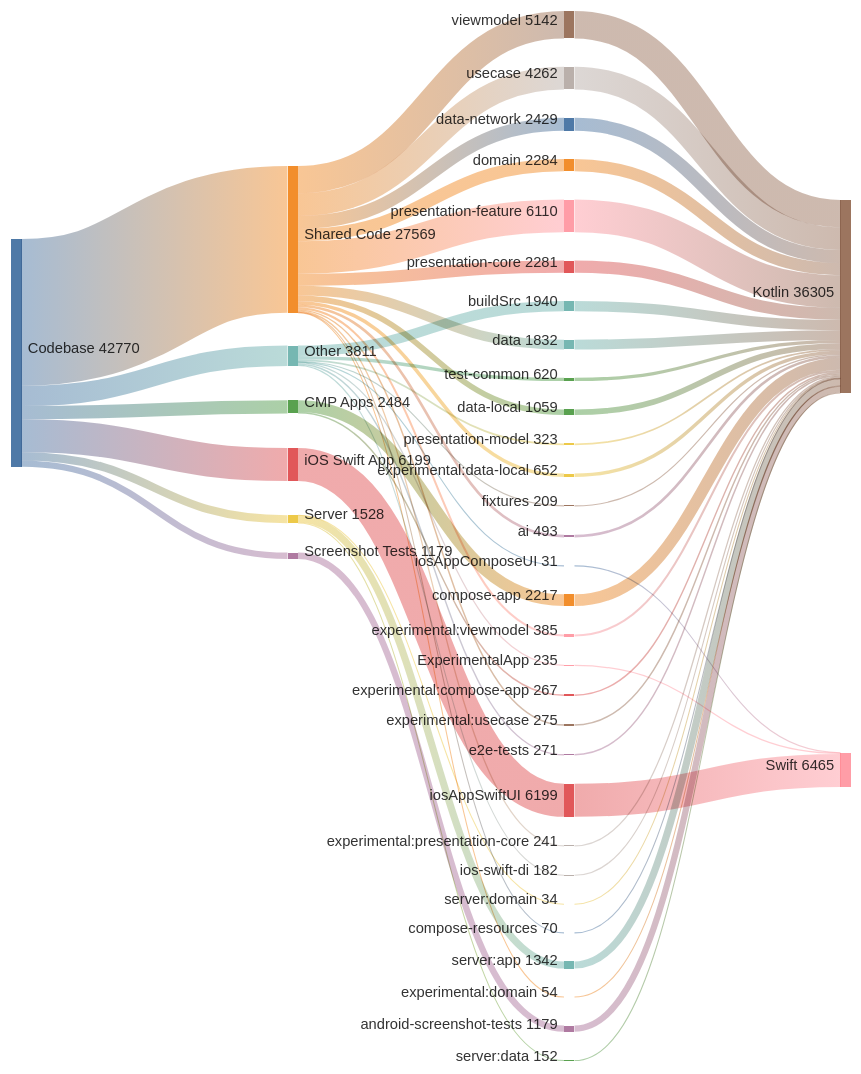
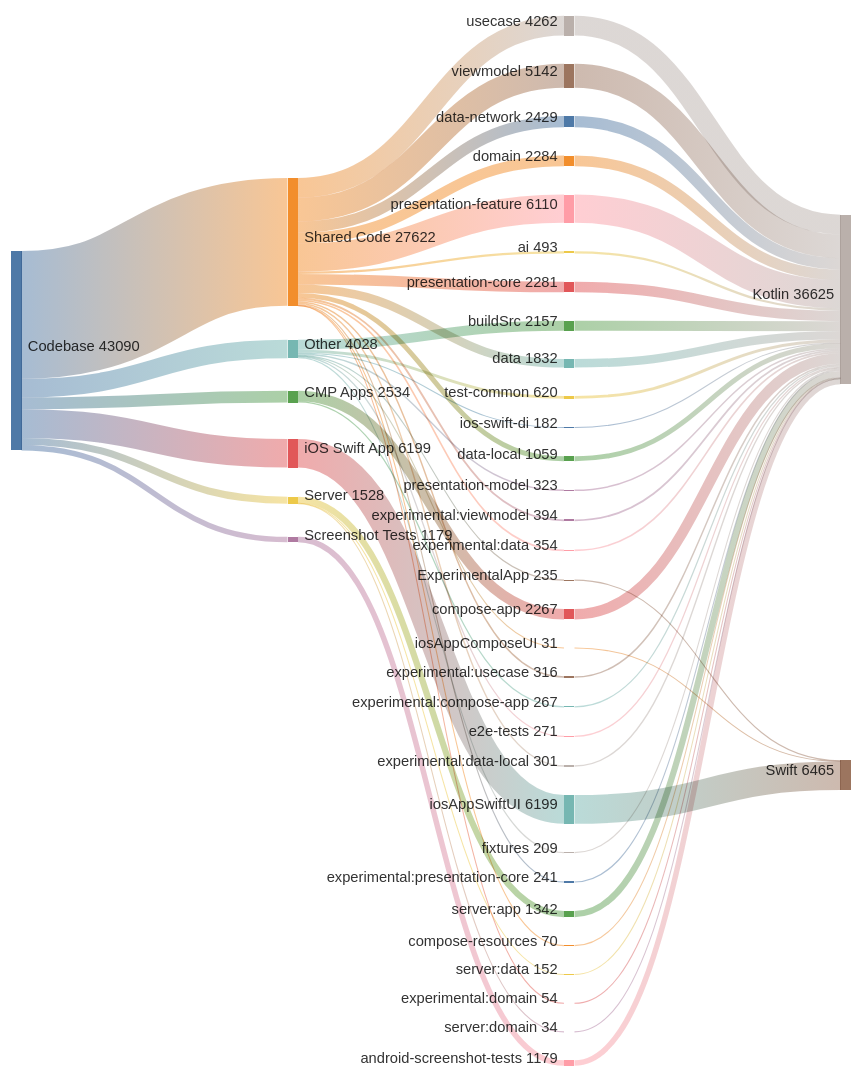
The second of 2 diagrams in README.md (cartland/battery-butler), drawn with Mermaid before and after one commit. The commit also changed other lines of this file and 6 other files, not shown here.

Commit message:
docs(generated): Regenerate architecture diagrams and analysis (#1042)

```diff
--- a/README.md
+++ b/README.md
@@ -215,10 +223,10 @@
 %% GENERATED FILE - DO NOT EDIT
 sankey-beta
 
-Codebase,Shared Code,27569
+Codebase,Shared Code,27622
 Codebase,iOS Swift App,6199
-Codebase,Other,3811
-Codebase,CMP Apps,2484
+Codebase,Other,4028
+Codebase,CMP Apps,2534
 Codebase,Server,1528
 Codebase,Screenshot Tests,1179
 
@@ -230,17 +238,18 @@
 Shared Code,presentation-core,2281
 Shared Code,data,1832
 Shared Code,data-local,1059
-Shared Code,experimental:data-local,652
 Shared Code,ai,493
-Shared Code,experimental:viewmodel,385
-Shared Code,experimental:usecase,275
+Shared Code,experimental:viewmodel,394
+Shared Code,experimental:data,354
+Shared Code,experimental:usecase,316
+Shared Code,experimental:data-local,301
 Shared Code,experimental:presentation-core,241
 Shared Code,compose-resources,70
 Shared Code,experimental:domain,54
 
 iOS Swift App,iosAppSwiftUI,6199
 
-Other,buildSrc,1940
+Other,buildSrc,2157
 Other,test-common,620
 Other,presentation-model,323
 Other,e2e-tests,271
@@ -249,7 +258,7 @@
 Other,ios-swift-di,182
 Other,iosAppComposeUI,31
 
-CMP Apps,compose-app,2217
+CMP Apps,compose-app,2267
 CMP Apps,experimental:compose-app,267
 
 Server,server:app,1342
@@ -265,18 +274,19 @@
 data-network,Kotlin,2429
 domain,Kotlin,2284
 presentation-core,Kotlin,2281
-compose-app,Kotlin,2217
-buildSrc,Kotlin,1940
+compose-app,Kotlin,2267
+buildSrc,Kotlin,2157
 data,Kotlin,1832
 server:app,Kotlin,1342
 android-screenshot-tests,Kotlin,1179
 data-local,Kotlin,1059
-experimental:data-local,Kotlin,652
 test-common,Kotlin,620
 ai,Kotlin,493
-experimental:viewmodel,Kotlin,385
+experimental:viewmodel,Kotlin,394
+experimental:data,Kotlin,354
 presentation-model,Kotlin,323
-experimental:usecase,Kotlin,275
+experimental:usecase,Kotlin,316
+experimental:data-local,Kotlin,301
 e2e-tests,Kotlin,271
 experimental:compose-app,Kotlin,267
 experimental:presentation-core,Kotlin,241
```
